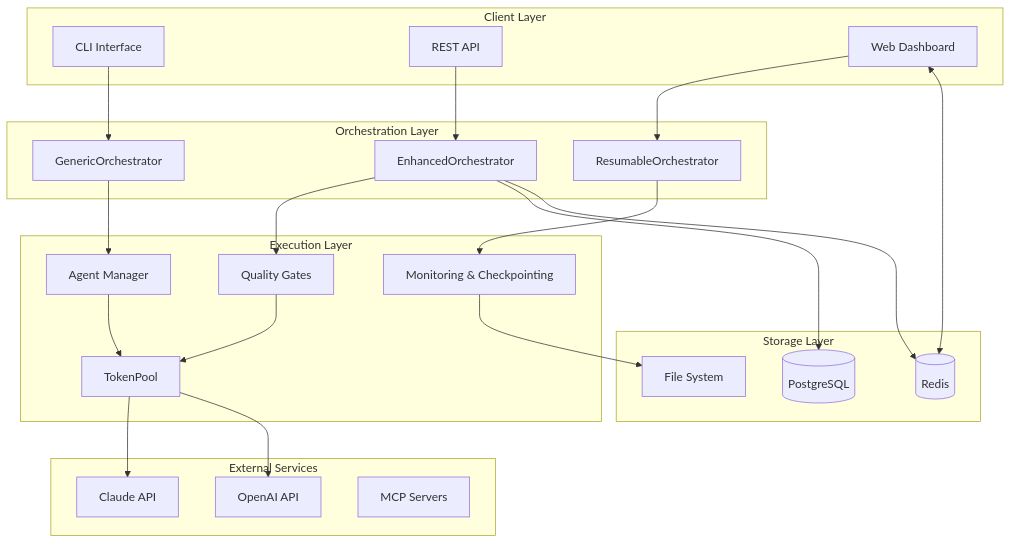
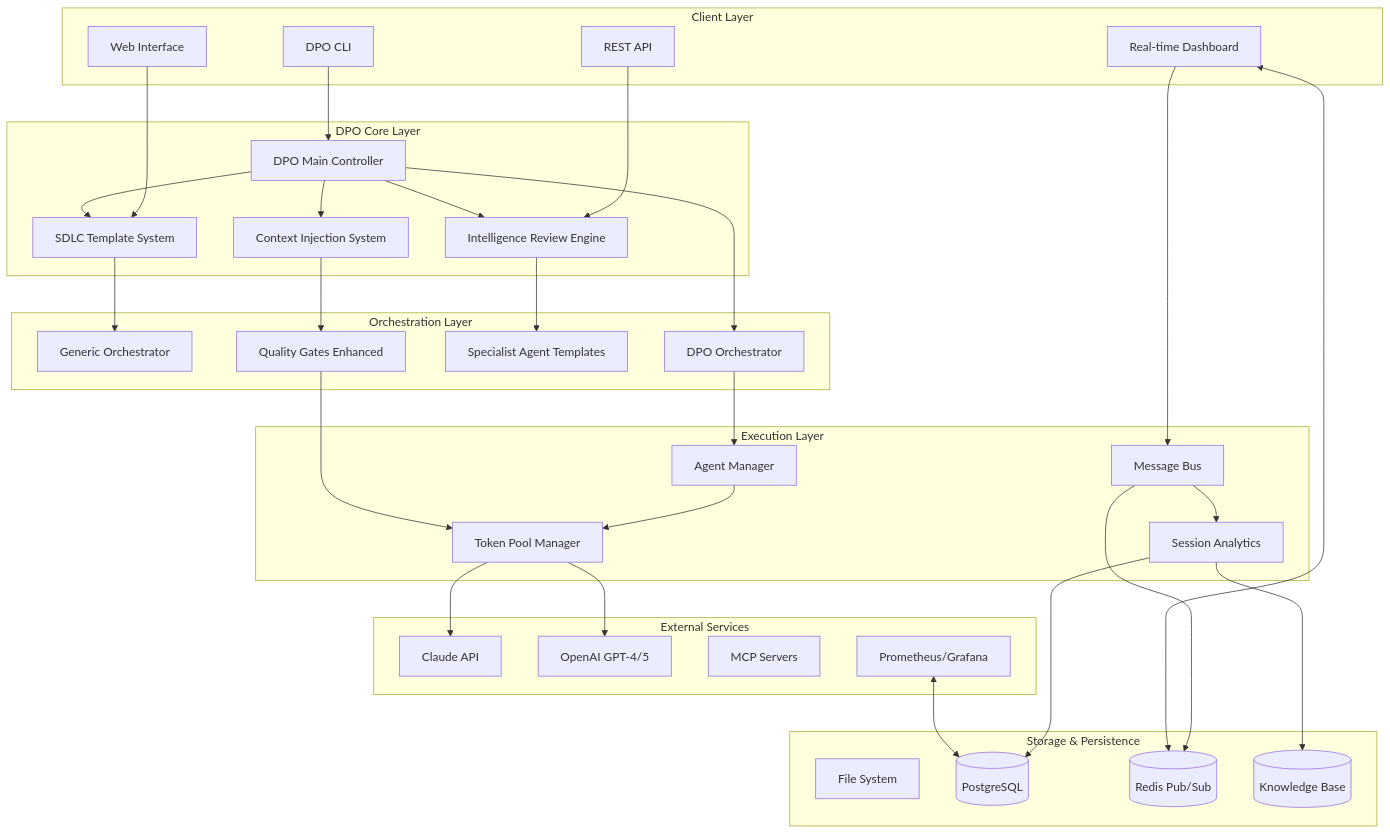
One commit to krizzo101/master_root changed the first of 4 diagrams in apps/agent-orchestrator/docs/ARCHITECTURE.md. Above: the diagram before and after it, drawn with Mermaid. The commit also changed other lines of this file and 183 other files, not shown here.

First line of the commit message:
feat: comprehensive hooks system for agent behavior optimization

````diff
--- a/apps/agent-orchestrator/docs/ARCHITECTURE.md
+++ b/apps/agent-orchestrator/docs/ARCHITECTURE.md
@@ -21,53 +31,72 @@
 ```mermaid
 graph TB
     subgraph "Client Layer"
-        CLI[CLI Interface]
+        CLI[DPO CLI]
         API[REST API]
-        Dashboard[Web Dashboard]
+        Dashboard[Real-time Dashboard]
+        WebUI[Web Interface]
+    end
+
+    subgraph "DPO Core Layer"
+        DPO[DPO Main Controller]
+        IRE[Intelligence Review Engine]
+        SDLC[SDLC Template System]
+        CI[Context Injection System]
     end
 
     subgraph "Orchestration Layer"
-        GO[GenericOrchestrator]
-        EO[EnhancedOrchestrator]
-        RO[ResumableOrchestrator]
+        GO[Generic Orchestrator]
+        DPOO[DPO Orchestrator]
+        SAT[Specialist Agent Templates]
+        QGE[Quality Gates Enhanced]
     end
 
     subgraph "Execution Layer"
-        TP[TokenPool]
+        TP[Token Pool Manager]
         AM[Agent Manager]
-        QG[Quality Gates]
-        MC[Monitoring & Checkpointing]
+        MB[Message Bus]
+        SA[Session Analytics]
     end
 
-    subgraph "Storage Layer"
+    subgraph "Storage & Persistence"
         FS[File System]
         PG[(PostgreSQL)]
-        Redis[(Redis)]
+        Redis[(Redis Pub/Sub)]
+        KB[(Knowledge Base)]
     end
 
     subgraph "External Services"
         Claude[Claude API]
-        OpenAI[OpenAI API]
+        OpenAI[OpenAI GPT-4/5]
         MCP[MCP Servers]
+        Monitoring[Prometheus/Grafana]
     end
 
-    CLI --> GO
-    API --> EO
-    Dashboard --> RO
+    CLI --> DPO
+    API --> IRE
+    Dashboard --> MB
+    WebUI --> SDLC
 
-    GO --> AM
-    EO --> QG
-    RO --> MC
+    DPO --> IRE
+    DPO --> SDLC
+    DPO --> CI
+    DPO --> DPOO
+
+    IRE --> SAT
+    SDLC --> GO
+    CI --> QGE
+    DPOO --> AM
 
     AM --> TP
-    QG --> TP
-    MC --> FS
+    QGE --> TP
+    MB --> SA
+    SA --> KB
 
     TP --> Claude
     TP --> OpenAI
-
-    EO --> PG
-    EO --> Redis
+    MB --> Redis
+    SA --> PG
 
     Dashboard <--> Redis
+    Monitoring <--> PG
 ```
````
